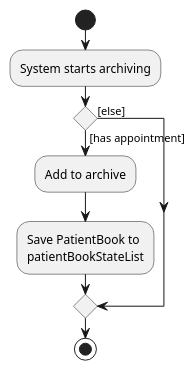
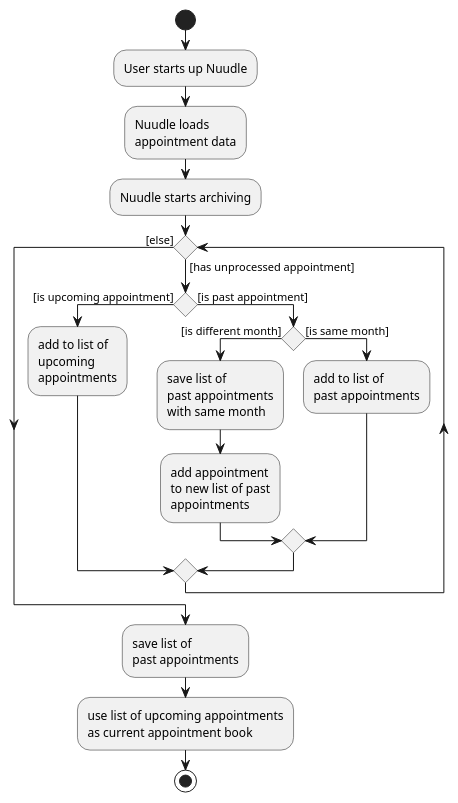
Before and after one commit to xz0127/tp: the diagram in docs/diagrams/ArchiveActivityDiagram.puml, drawn with PlantUML. The commit also changed 1 other file, not shown here.

Commit message:
Add seq diagram to DG implementation

```diff
--- a/docs/diagrams/ArchiveActivityDiagram.puml
+++ b/docs/diagrams/ArchiveActivityDiagram.puml
@@ -1,15 +1,35 @@
 @startuml
 start
-:System starts archiving;
+:User starts up Nuudle;
+:Nuudle loads
+appointment data;
+:Nuudle starts archiving;
 
 'Since the beta syntax does not support placing the condition outside the
 'diamond we place it as the true branch instead.
 
-if () then ([has appointment])
-    :Add to archive;
-    :Save PatientBook to
-    patientBookStateList;
-else ([else])
-endif
+while () is ([has unprocessed appointment])
+    if () then ([is upcoming appointment])
+        :add to list of
+        upcoming
+        appointments;
+    else ([is past appointment])
+        if () then ([is different month])
+            :save list of
+            past appointments
+            with same month;
+            :add appointment
+            to new list of past
+            appointments;
+        else ([is same month])
+            :add to list of
+            past appointments;
+        endif
+    endif
+endwhile ([else])
+:save list of
+past appointments;
+:use list of upcoming appointments
+as current appointment book;
 stop
 @enduml
```
